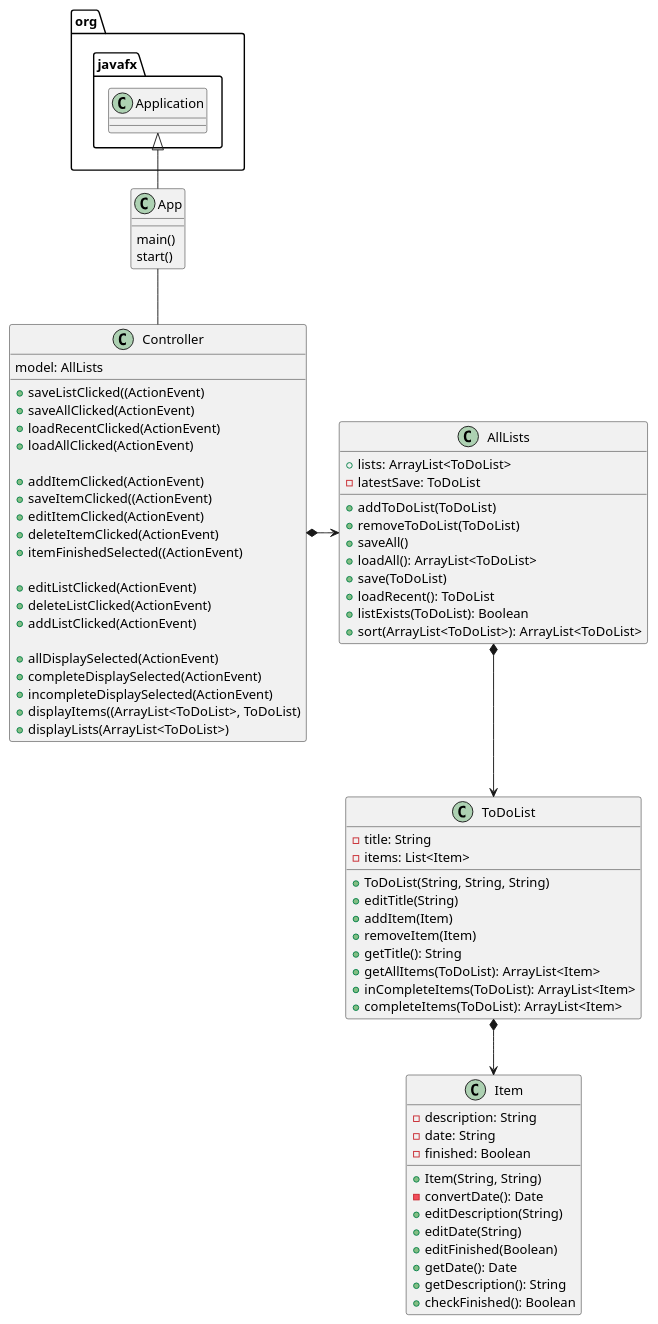
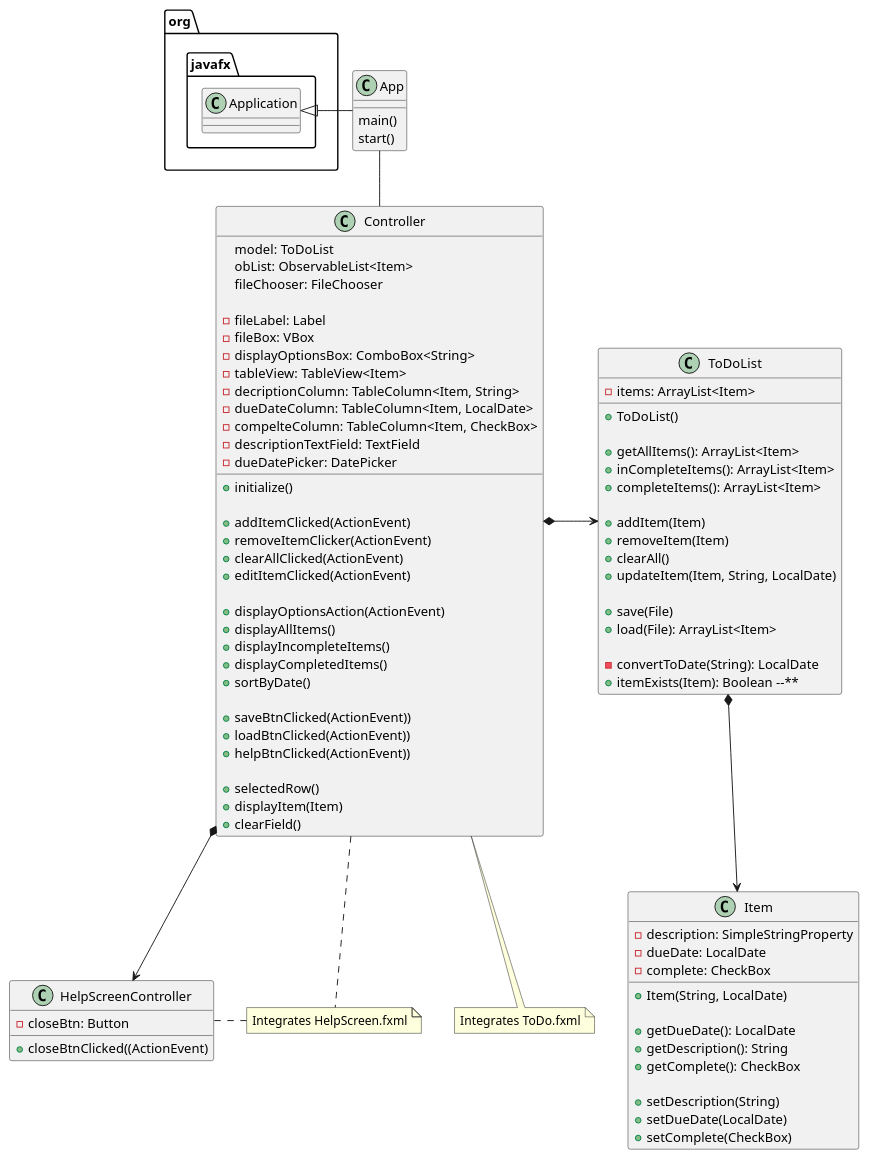
Before and after one commit to crewmate23/deegutla-cop3330-assignment4part2: the diagram in uml/ToDoListClass.puml, drawn with PlantUML.

Commit message:
puml modified

```diff
--- a/uml/ToDoListClass.puml
+++ b/uml/ToDoListClass.puml
@@ -1,87 +1,115 @@
 @startuml
 
 
 class App{
     main()
     start()
 }
 
 class Controller{
-    model: AllLists
+    model: ToDoList
+    obList: ObservableList<Item>
+    fileChooser: FileChooser
 
-    'save and load buttons
-    +saveListClicked((ActionEvent)
-    +saveAllClicked(ActionEvent)
-    +loadRecentClicked(ActionEvent)
-    +loadAllClicked(ActionEvent)
+    - fileLabel: Label
+    - fileBox: VBox
+    - displayOptionsBox: ComboBox<String>
+    - tableView: TableView<Item>
+    - decriptionColumn: TableColumn<Item, String>
+    - dueDateColumn: TableColumn<Item, LocalDate>
+    - compelteColumn: TableColumn<Item, CheckBox>
+    - descriptionTextField: TextField
+    - dueDatePicker: DatePicker
 
-    'item buttons
+    +initialize()
+
+    'item functions
     +addItemClicked(ActionEvent)
-    +saveItemClicked((ActionEvent)
+    +removeItemClicker(ActionEvent)
+    +clearAllClicked(ActionEvent)
     +editItemClicked(ActionEvent)
-    +deleteItemClicked(ActionEvent)
-    +itemFinishedSelected((ActionEvent)
 
-    'list buttons
-    +editListClicked(ActionEvent)
-    +deleteListClicked(ActionEvent)
-    +addListClicked(ActionEvent)
+    'displayOptions
+    +displayOptionsAction(ActionEvent)
+    +displayAllItems()
+    +displayIncompleteItems()
+    +displayCompletedItems()
+    +sortByDate()
 
-    'Display Options Selection
-    +allDisplaySelected(ActionEvent)
-    +completeDisplaySelected(ActionEvent)
-    +incompleteDisplaySelected(ActionEvent)
-    +displayItems((ArrayList<ToDoList>, ToDoList)
-    +displayLists(ArrayList<ToDoList>)
-}
+    'save
+    +saveBtnClicked(ActionEvent))
+    'load
+    +loadBtnClicked(ActionEvent))
+    'help
+    +helpBtnClicked(ActionEvent))
 
-class AllLists{
-    +lists: ArrayList<ToDoList>
-    -latestSave: ToDoList
-
-    +addToDoList(ToDoList)
-    +removeToDoList(ToDoList)
-    +saveAll()
-    +loadAll(): ArrayList<ToDoList>
-    +save(ToDoList)
-    +loadRecent(): ToDoList
-    +listExists(ToDoList): Boolean
-    +sort(ArrayList<ToDoList>): ArrayList<ToDoList>
+    'helpers
+    +selectedRow()
+    +displayItem(Item)
+    +clearField()
 }
 
 class ToDoList{
-    -title: String
-    -items: List<Item>
+    -items: ArrayList<Item>
 
-    +ToDoList(String, String, String)
-    +editTitle(String)
+    'constructor
+    +ToDoList()
+
+    'getters
+    +getAllItems(): ArrayList<Item>
+    +inCompleteItems(): ArrayList<Item>
+    +completeItems(): ArrayList<Item>
+
+    'setters
     +addItem(Item)
     +removeItem(Item)
-    +getTitle(): String
-    +getAllItems(ToDoList): ArrayList<Item>
-    +inCompleteItems(ToDoList): ArrayList<Item>
-    +completeItems(ToDoList): ArrayList<Item>
+    +clearAll()
+    +updateItem(Item, String, LocalDate)
+
+    'save
+    +save(File)
+    +load(File): ArrayList<Item>
+
+    -convertToDate(String): LocalDate
+    +itemExists(Item): Boolean --**
 }
 
 class Item{
-    -description: String
-    -date: String
-    -finished: Boolean
+    'private instance variables
+    -description: SimpleStringProperty
+    -dueDate: LocalDate
+    -complete: CheckBox
 
-    +Item(String, String)
-    -convertDate(): Date
-    +editDescription(String)
-    +editDate(String)
-    +editFinished(Boolean)
-    +getDate(): Date
+    'constructor
+    +Item(String, LocalDate)
+
+    'getters
+    +getDueDate(): LocalDate
     +getDescription(): String
-    +checkFinished(): Boolean
+    +getComplete(): CheckBox
+
+    'setters
+    +setDescription(String)
+    +setDueDate(LocalDate)
+    +setComplete(CheckBox)
 }
 
-org.javafx.Application <|-- App
+class HelpScreenController{
+    -closeBtn: Button
+    +closeBtnClicked((ActionEvent)
+}
+
+org.javafx.Application <|- App
 App -- Controller
-Controller *-> AllLists
-AllLists *--> ToDoList
+Controller *--> HelpScreenController
+Controller *-> ToDoList
 ToDoList *--> Item
 
+note "Integrates ToDo.fxml" as N1
+note "Integrates HelpScreen.fxml" as N2
+
+Controller .. N1
+Controller .. N2
+HelpScreenController . N2
+
 @enduml
```
